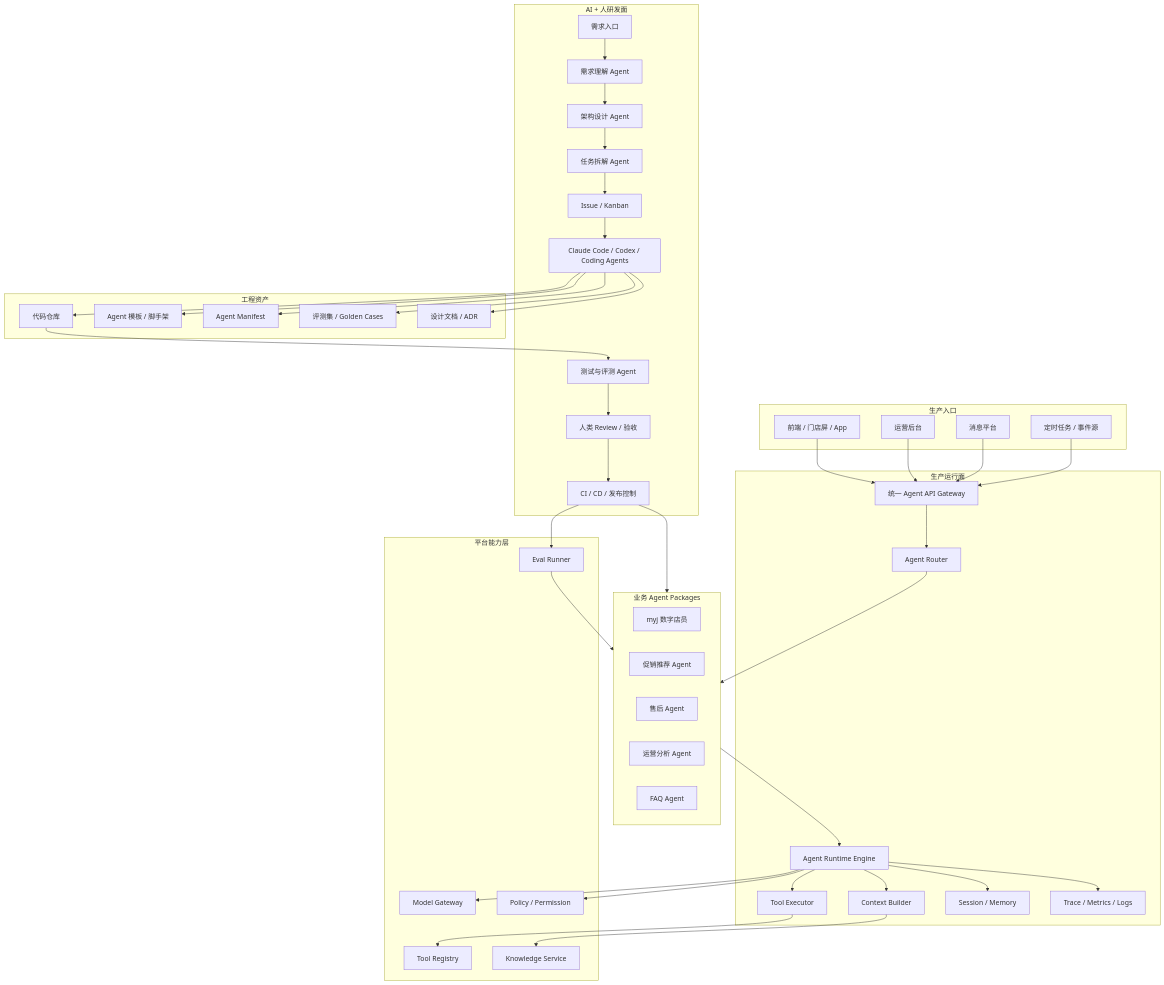
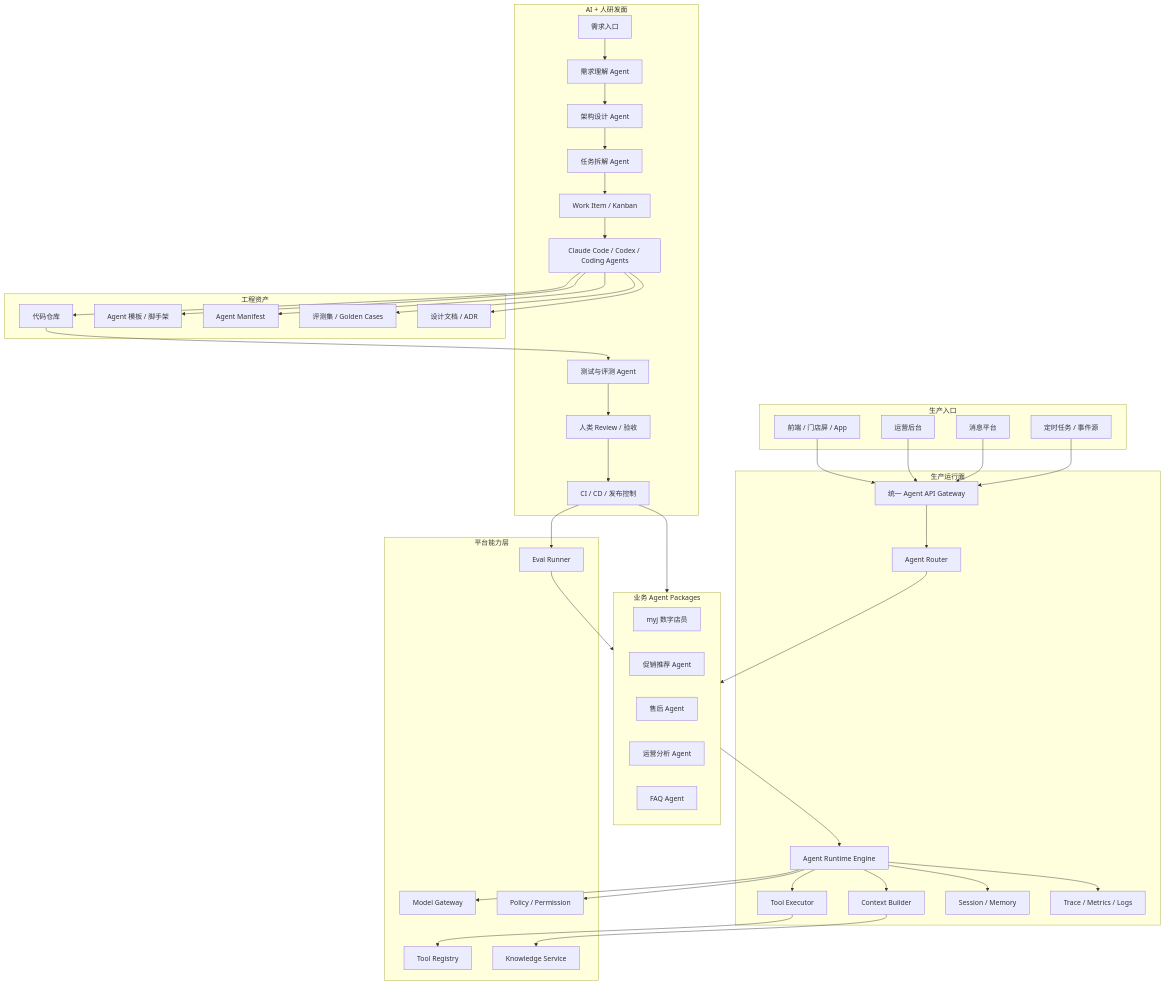
The first of 8 diagrams in docs/ai-human-vibecoding-rd-platform.md (agent-loom/loom), drawn with Mermaid before and after one commit. The commit also changed other lines of this file and 83 other files, not shown here.

```diff
--- a/docs/ai-human-vibecoding-rd-platform.md
+++ b/docs/ai-human-vibecoding-rd-platform.md
@@ -67,7 +67,7 @@
         ProductAI[需求理解 Agent]
         ArchitectAI[架构设计 Agent]
         PlannerAI[任务拆解 Agent]
-        Board[Issue / Kanban]
+        Board[Work Item / Kanban]
         CodingAgents[Claude Code / Codex / Coding Agents]
         TestAI[测试与评测 Agent]
         Reviewer[人类 Review / 验收]
```
